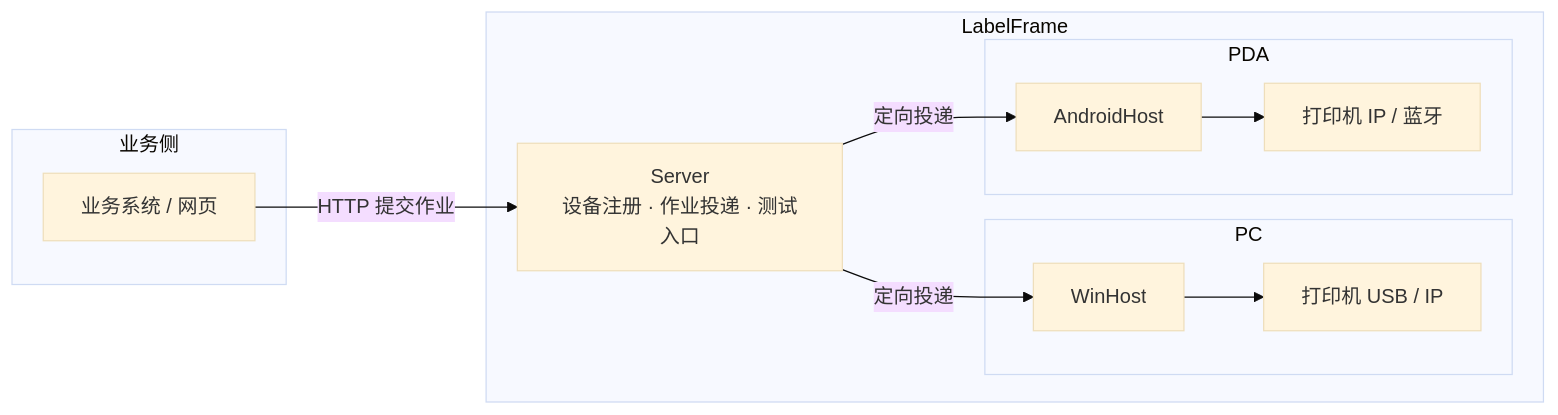
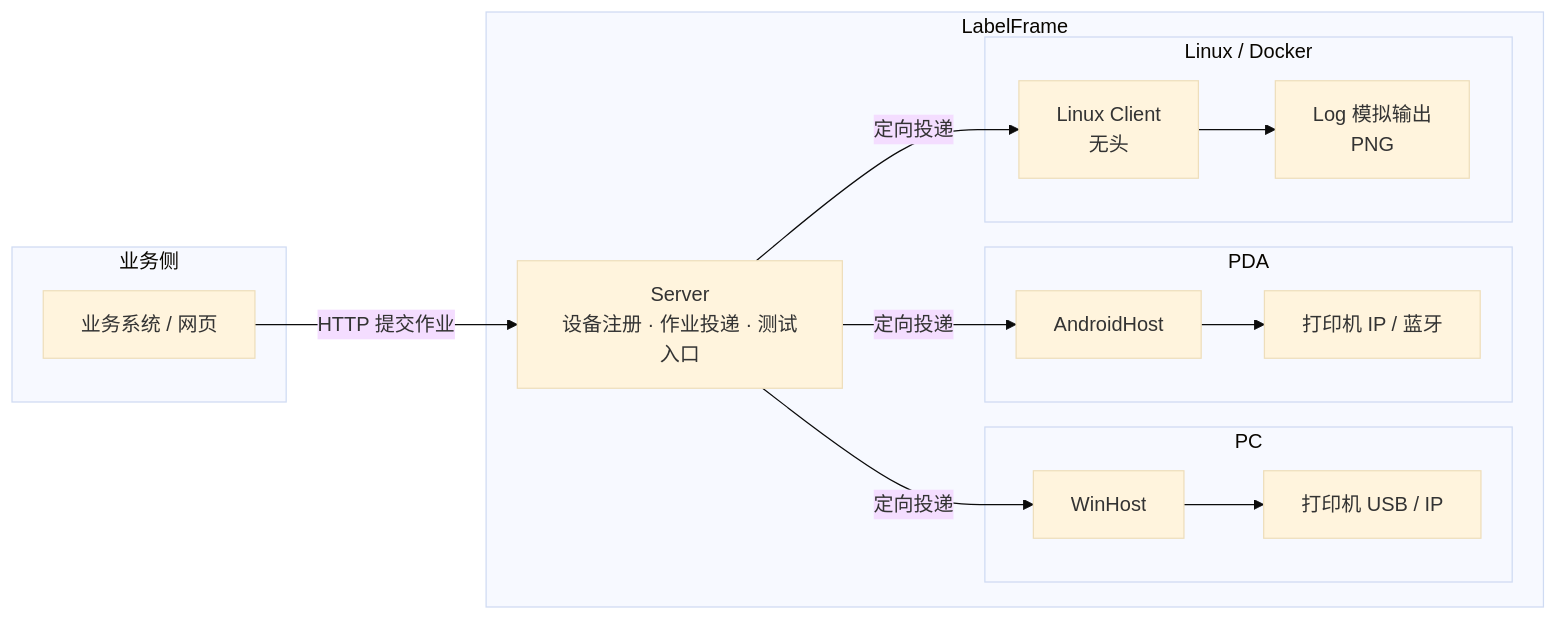
One commit to marci-labs/LabelFrame changed the diagram in docs/DESIGN.md. Above: the diagram before and after it, drawn with Mermaid (base theme). The commit also changed other lines of this file and 24 other files, not shown here.

Commit message:
feat: 增加仅 Log 的 Linux 无头客户端

````diff
--- a/docs/DESIGN.md
+++ b/docs/DESIGN.md
@@ -29,22 +29,28 @@
 ```mermaid
 flowchart LR
     subgraph 业务侧
         WMS[业务系统 / 网页]
     end
     subgraph LabelFrame
         S[Server<br/>设备注册 · 作业投递 · 测试入口]
         subgraph 设备A[PC]
             W[WinHost]
             P1[打印机 USB / IP]
         end
         subgraph 设备B[PDA]
             A[AndroidHost]
             P2[打印机 IP / 蓝牙]
         end
+        subgraph 测试设备[Linux / Docker]
+            L[Linux Client<br/>无头]
+            O[Log 模拟输出<br/>PNG]
+        end
     end
     WMS -->|"HTTP 提交作业"| S
     S -->|"定向投递"| W
     S -->|"定向投递"| A
+    S -->|"定向投递"| L
     W --> P1
     A --> P2
+    L --> O
 ```
````
